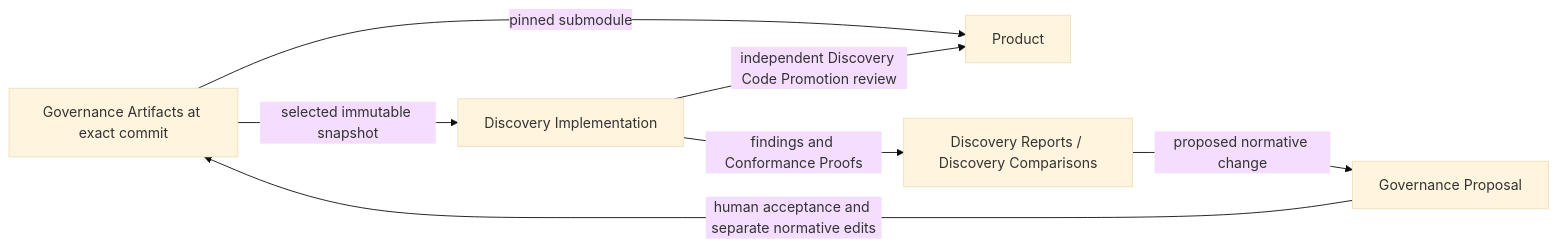
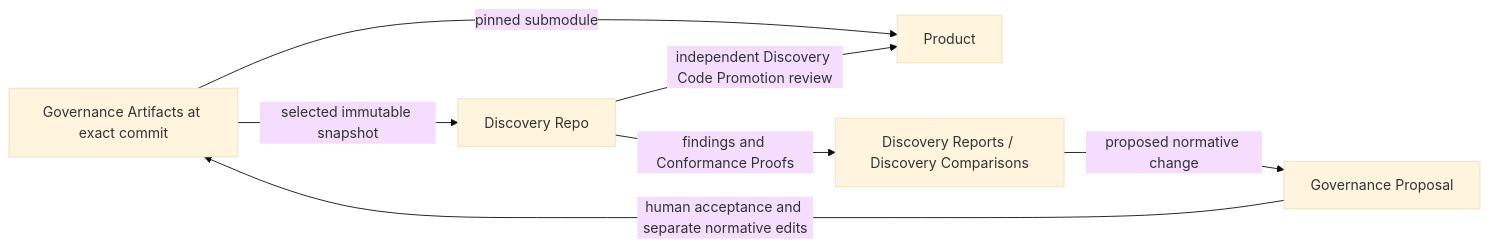
One commit to wadebee/blt-agent-skills changed the diagram in GLOSSARY.md. Above: the diagram before and after it, drawn with Mermaid (base theme). The commit also changed other lines of this file and 33 other files, not shown here.

First line of the commit message:
docs: clarify discovery terminology and adopt Discovery Repo

````diff
--- a/GLOSSARY.md
+++ b/GLOSSARY.md
@@ -466,9 +484,9 @@
 ```mermaid
 flowchart LR
     G[Governance Artifacts at exact commit] -->|pinned submodule| P[Product]
-    G -->|selected immutable snapshot| D[Discovery Implementation]
+    G -->|selected immutable snapshot| D[Discovery Repo]
     D -->|findings and Conformance Proofs| R[Discovery Reports / Discovery Comparisons]
     R -->|proposed normative change| Q[Governance Proposal]
     Q -->|human acceptance and separate normative edits| G
     D -->|independent Discovery Code Promotion review| P
 ```
````
